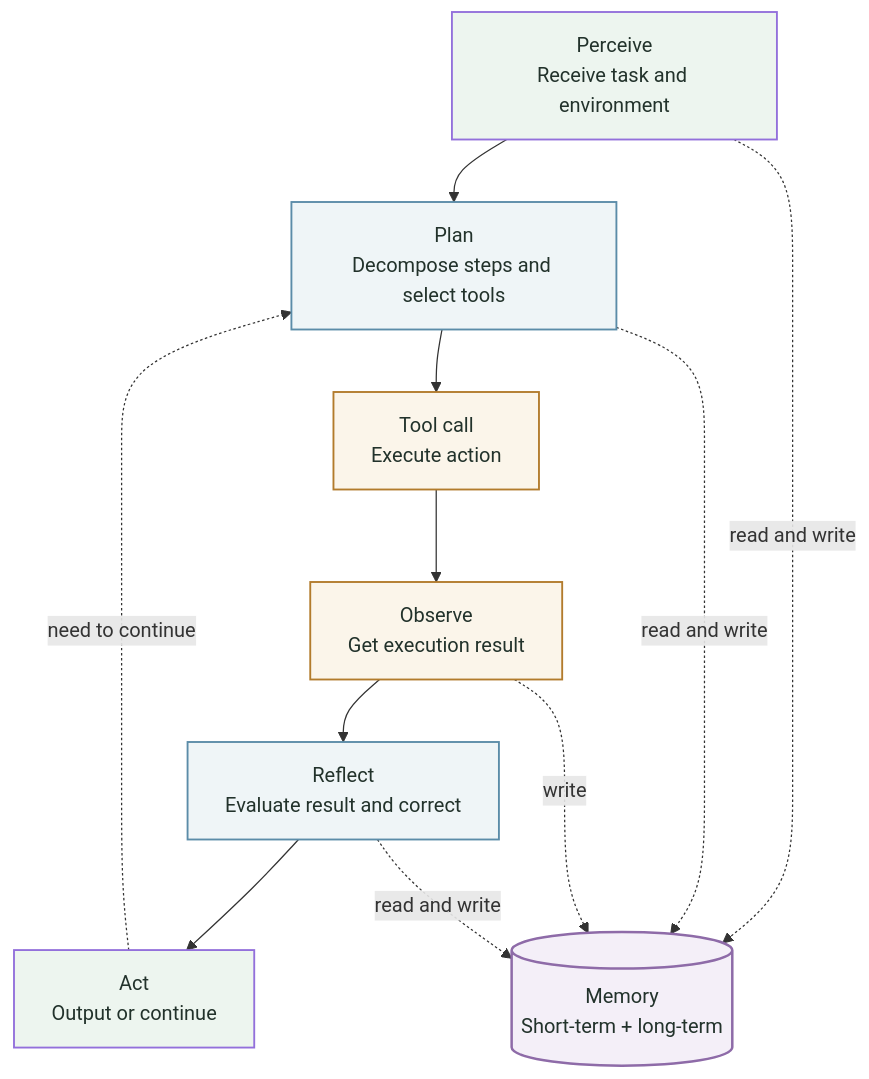
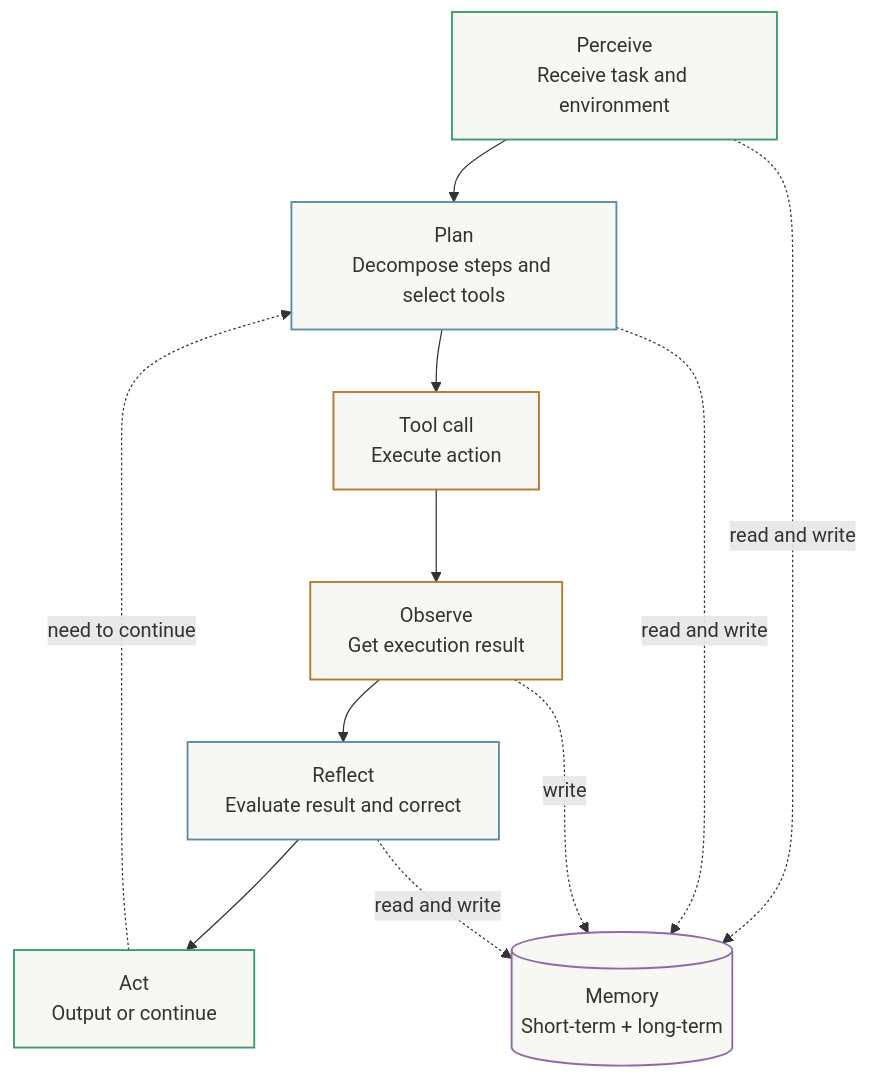
The fourth of 5 diagrams in docs/en/ai/ai-agent-tech-understanding.md (Fatejian/frontier-vault), drawn with Mermaid before and after one commit. The commit also changed other lines of this file and 65 other files, not shown here.

First line of the commit message:
fix(theme): unify mermaid chart palette and remove solid core fills

````diff
--- a/docs/en/ai/ai-agent-tech-understanding.md
+++ b/docs/en/ai/ai-agent-tech-understanding.md
@@ -363,34 +363,34 @@
 ```mermaid
 flowchart TB
     Perceive["Perceive<br/>Receive task and environment"]
     Plan["Plan<br/>Decompose steps and select tools"]
     ToolCall["Tool call<br/>Execute action"]
     Observe["Observe<br/>Get execution result"]
     Reflect["Reflect<br/>Evaluate result and correct"]
     Act["Act<br/>Output or continue"]
 
     Perceive --> Plan
     Plan --> ToolCall
     ToolCall --> Observe
     Observe --> Reflect
     Reflect --> Act
     Act -. need to continue .-> Plan
 
     Memory[("Memory<br/>Short-term + long-term")]
 
     Perceive -. read and write .-> Memory
     Plan -. read and write .-> Memory
     Observe -. write .-> Memory
     Reflect -. read and write .-> Memory
 
-    classDef core fill:#22322B,color:#fff,stroke:#22322B,stroke-width:2px;
-    classDef wait fill:#EFF5F7,stroke:#5B8CA8,color:#22322B,stroke-width:1.5px;
-    classDef block fill:#FBF5EA,stroke:#B27B2C,color:#22322B,stroke-width:1.5px;
-    classDef work fill:#EDF5EF,color:#3E9B6B,color:#22322B,stroke-width:1.5px;
-    classDef metric fill:#F4EFF8,stroke:#8E6BA8,color:#22322B,stroke-width:2px;
+    classDef core fill:#F7F7F3,stroke:#176540,stroke-width:2px;
+    classDef wait fill:#F7F7F3,stroke:#5B8CA8,stroke-width:1.5px;
+    classDef block fill:#F7F7F3,stroke:#B27B2C,stroke-width:1.5px;
+    classDef work fill:#F7F7F3,stroke:#3E9B6B,stroke-width:1.5px;
+    classDef metric fill:#F7F7F3,stroke:#8E6BA8,stroke-width:1.5px;
 
     class Perceive,Act work;
     class Plan,Reflect wait;
     class ToolCall,Observe block;
     class Memory metric;
 ```
````
